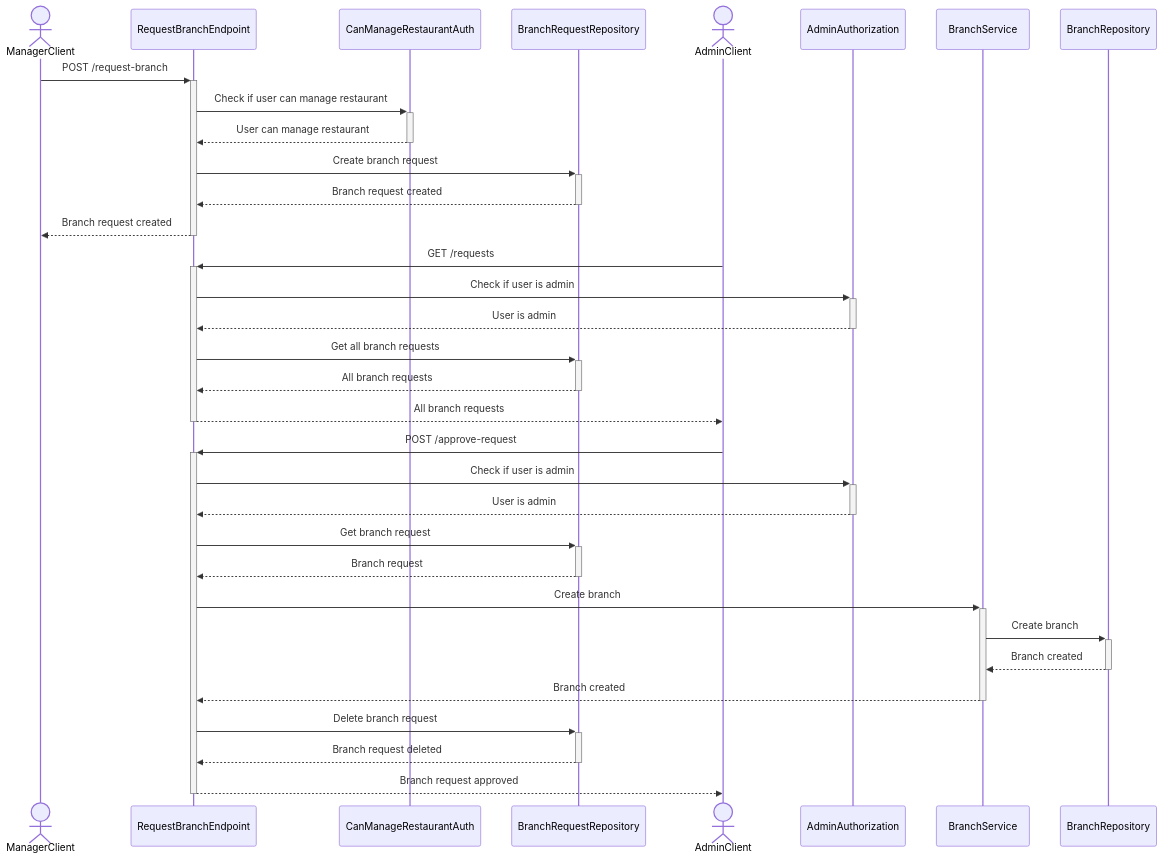
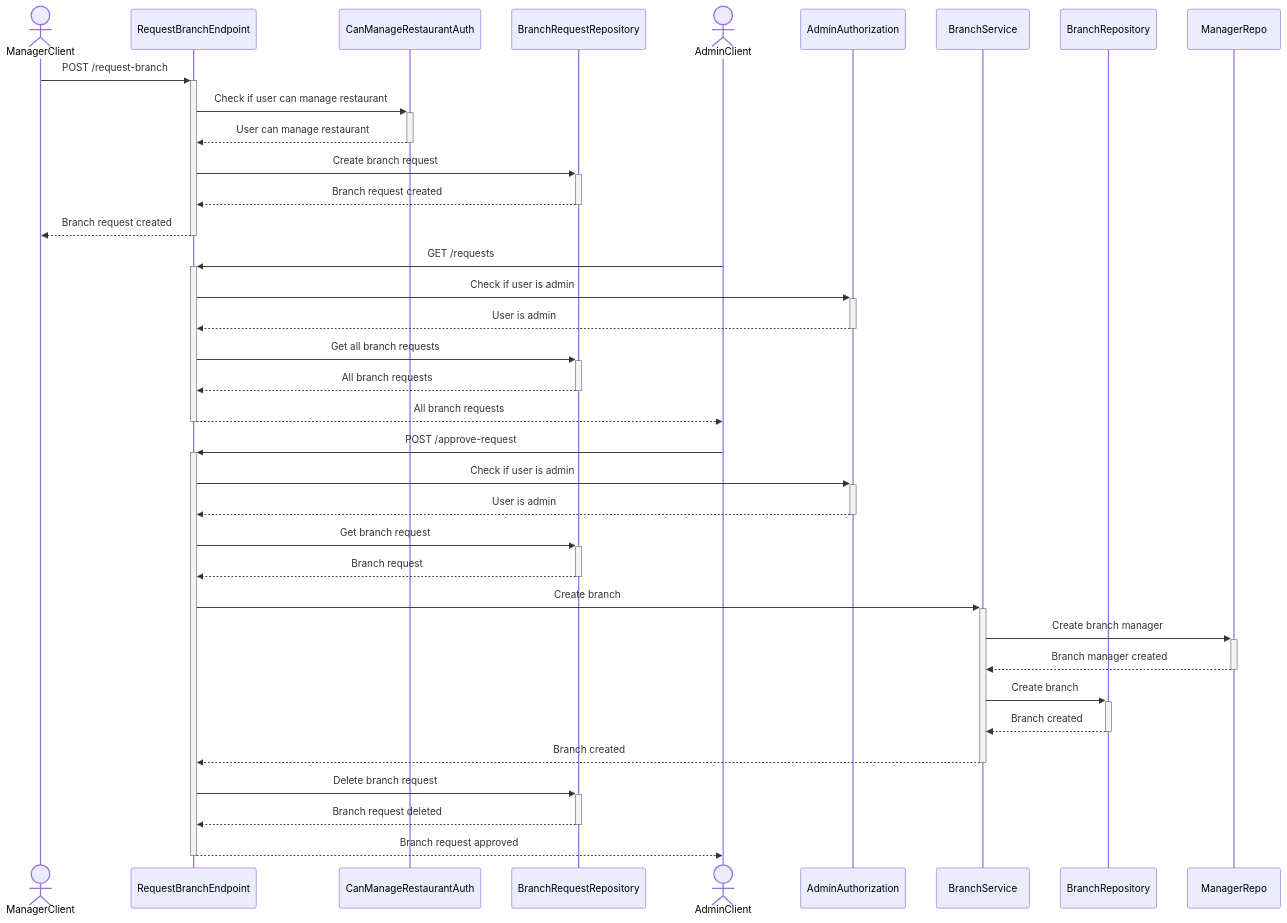
One commit to devAhmedMustafa/Al-Court-Designs changed the diagram in docs/Features/Management/AddBranch.sequence.mermaid. Above: the diagram before and after it, drawn with Mermaid. The commit also changed 38 other files, not shown here.

```diff
--- a/docs/Features/Management/AddBranch.sequence.mermaid
+++ b/docs/Features/Management/AddBranch.sequence.mermaid
@@ -1,34 +1,37 @@
 sequenceDiagram
     actor ManagerClient
     participant RequestBranchEndpoint
     participant CanManageRestaurantAuth
     participant BranchRequestRepository
     actor AdminClient
     participant AdminAuthorization
     participant BranchService
     participant BranchRepository
+    participant ManagerRepo
 
     ManagerClient->>+RequestBranchEndpoint: POST /request-branch
     RequestBranchEndpoint->>+CanManageRestaurantAuth: Check if user can manage restaurant
     CanManageRestaurantAuth-->>-RequestBranchEndpoint: User can manage restaurant
     RequestBranchEndpoint->>+BranchRequestRepository: Create branch request
     BranchRequestRepository-->>-RequestBranchEndpoint: Branch request created
     RequestBranchEndpoint-->>-ManagerClient: Branch request created
     AdminClient->>+RequestBranchEndpoint: GET /requests
     RequestBranchEndpoint->>+AdminAuthorization: Check if user is admin
     AdminAuthorization-->>-RequestBranchEndpoint: User is admin
     RequestBranchEndpoint->>+BranchRequestRepository: Get all branch requests
     BranchRequestRepository-->>-RequestBranchEndpoint: All branch requests
     RequestBranchEndpoint-->>-AdminClient: All branch requests
     AdminClient->>+RequestBranchEndpoint: POST /approve-request
     RequestBranchEndpoint->>+AdminAuthorization: Check if user is admin
     AdminAuthorization-->>-RequestBranchEndpoint: User is admin
     RequestBranchEndpoint->>+BranchRequestRepository: Get branch request
     BranchRequestRepository-->>-RequestBranchEndpoint: Branch request
     RequestBranchEndpoint->>+BranchService: Create branch
+    BranchService->>+ManagerRepo: Create branch manager
+    ManagerRepo-->>-BranchService: Branch manager created
     BranchService->>+BranchRepository: Create branch
     BranchRepository-->>-BranchService: Branch created
     BranchService-->>-RequestBranchEndpoint: Branch created
     RequestBranchEndpoint->>+BranchRequestRepository: Delete branch request
     BranchRequestRepository-->>-RequestBranchEndpoint: Branch request deleted
     RequestBranchEndpoint-->>-AdminClient: Branch request approved
```
